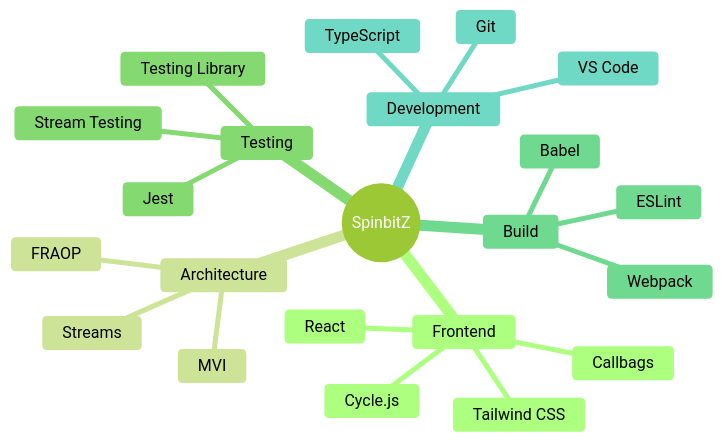
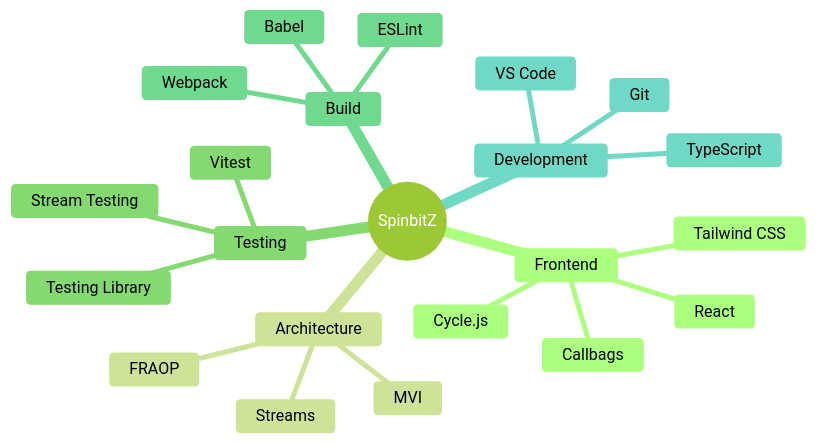
One commit to SpinbitZ/SpinbitZ changed the second of 8 diagrams in site-rebuild/docs/tech-stack.md. Above: the diagram before and after it, drawn with Mermaid (forest theme). The commit also changed other lines of this file and 12 other files, not shown here.

````diff
--- a/site-rebuild/docs/tech-stack.md
+++ b/site-rebuild/docs/tech-stack.md
@@ -42,25 +42,25 @@
 ```mermaid
 mindmap
   root((SpinbitZ))
     Frontend
       React
       Cycle.js
       Callbags
       Tailwind CSS
     Architecture
       FRAOP
       MVI
       Streams
     Testing
-      Jest
+      Vitest
       Testing Library
       Stream Testing
     Build
       Webpack
       Babel
       ESLint
     Development
       TypeScript
       Git
       VS Code
 ```
````
